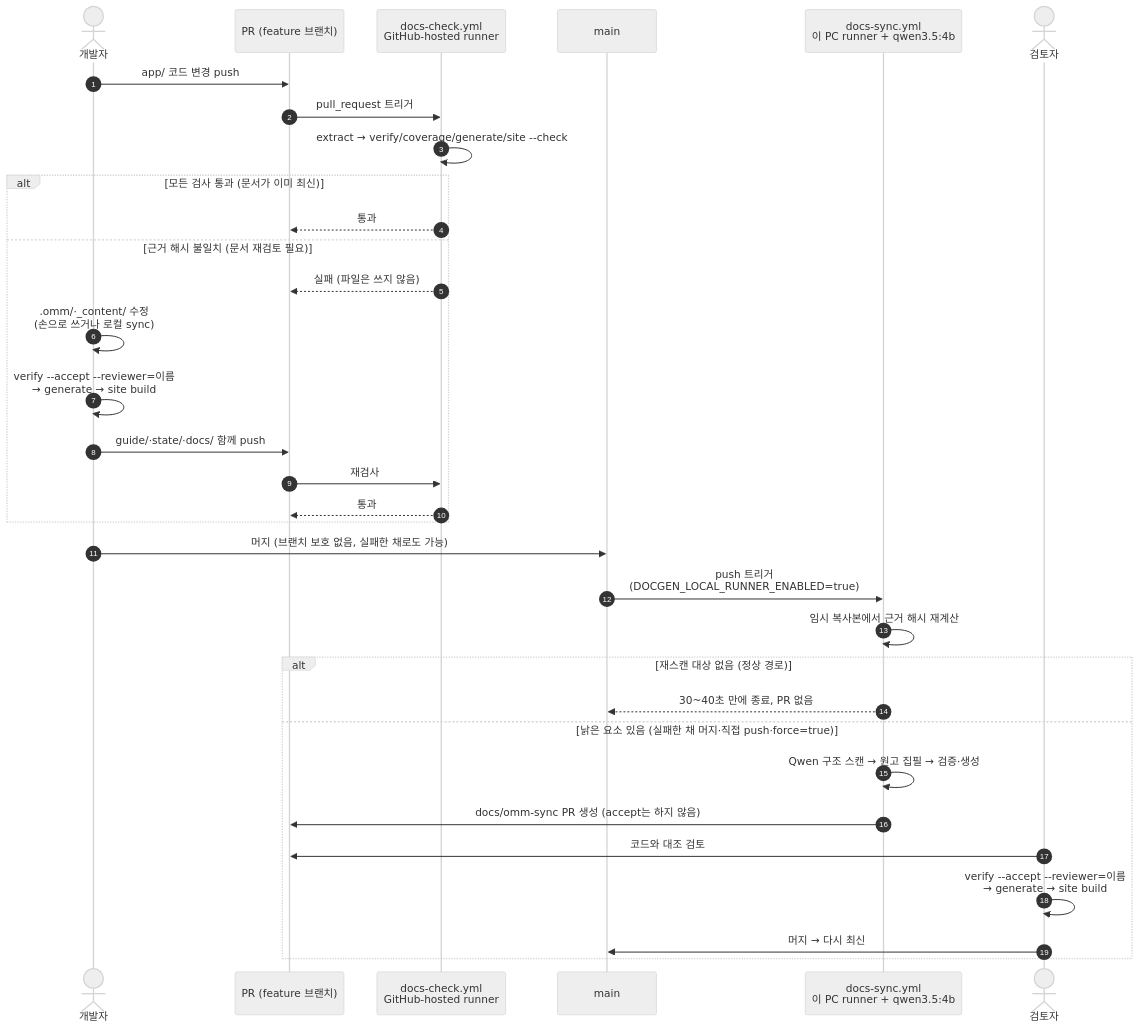
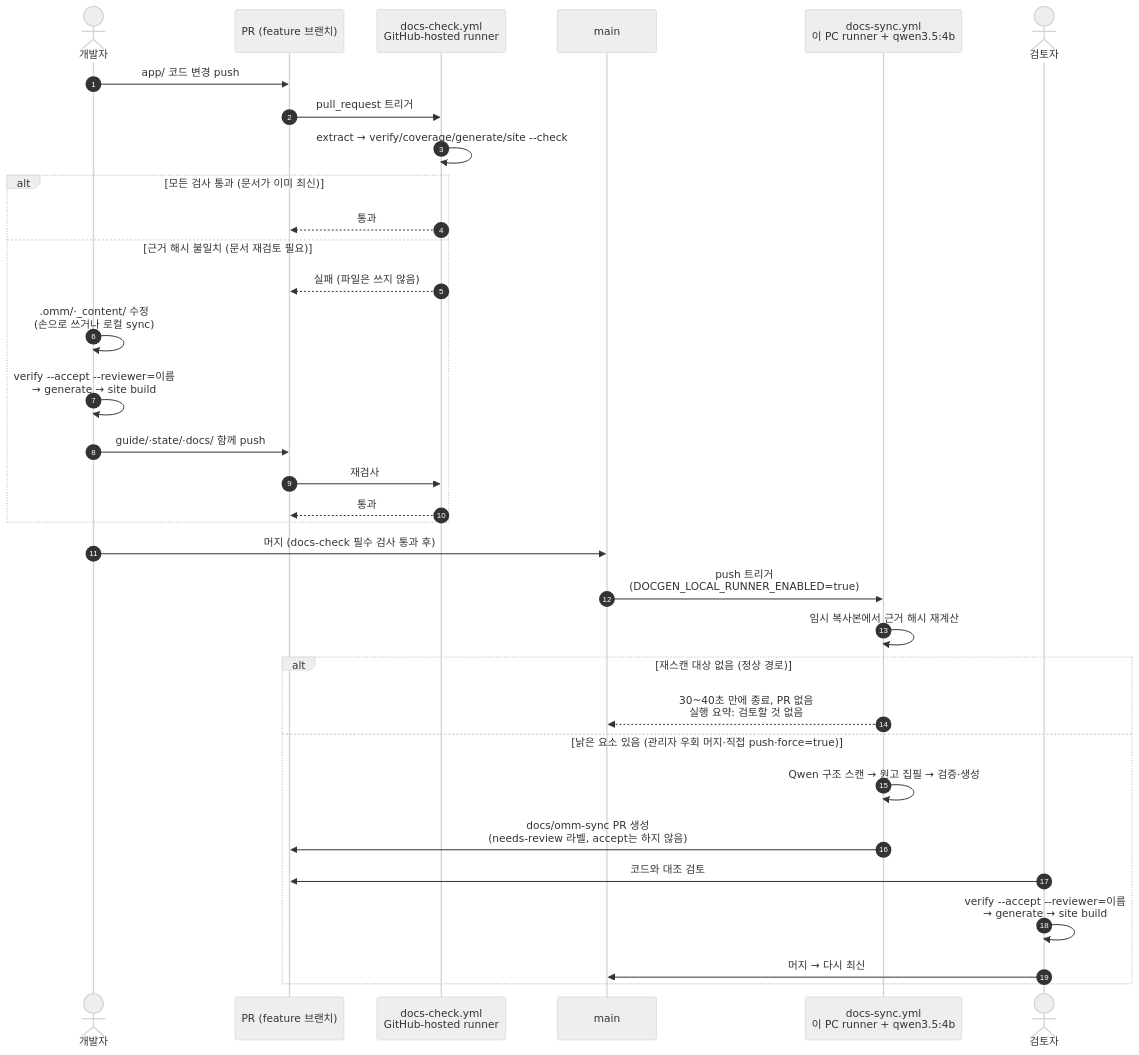
One commit to TTolsun/hal-camera changed the diagram in tools/docgen/README.md. Above: the diagram before and after it, drawn with Mermaid (neutral theme). The commit also changed other lines of this file and 3 other files, not shown here.

First line of the commit message:
docs-sync 실행마다 검토할 것이 있는지 표시하고 docs-check를 필수 검사로 만들기 (#185)

````diff
--- a/tools/docgen/README.md
+++ b/tools/docgen/README.md
@@ -192,39 +199,39 @@
 ```mermaid
 sequenceDiagram
     autonumber
     actor Dev as 개발자
     participant PR as PR (feature 브랜치)
     participant Check as docs-check.yml<br/>GitHub-hosted runner
     participant Main as main
     participant Sync as docs-sync.yml<br/>이 PC runner + qwen3.5:4b
     actor Rev as 검토자
 
     Dev->>PR: app/ 코드 변경 push
     PR->>Check: pull_request 트리거
     Check->>Check: extract → verify/coverage/generate/site --check
 
     alt 모든 검사 통과 (문서가 이미 최신)
         Check-->>PR: 통과
     else 근거 해시 불일치 (문서 재검토 필요)
         Check-->>PR: 실패 (파일은 쓰지 않음)
         Dev->>Dev: .omm/·_content/ 수정<br/>(손으로 쓰거나 로컬 sync)
         Dev->>Dev: verify --accept --reviewer=이름<br/>→ generate → site build
         Dev->>PR: guide/·state/·docs/ 함께 push
         PR->>Check: 재검사
         Check-->>PR: 통과
     end
 
-    Dev->>Main: 머지 (브랜치 보호 없음, 실패한 채로도 가능)
+    Dev->>Main: 머지 (docs-check 필수 검사 통과 후)
     Main->>Sync: push 트리거<br/>(DOCGEN_LOCAL_RUNNER_ENABLED=true)
     Sync->>Sync: 임시 복사본에서 근거 해시 재계산
 
     alt 재스캔 대상 없음 (정상 경로)
-        Sync-->>Main: 30~40초 만에 종료, PR 없음
-    else 낡은 요소 있음 (실패한 채 머지·직접 push·force=true)
+        Sync-->>Main: 30~40초 만에 종료, PR 없음<br/>실행 요약: 검토할 것 없음
+    else 낡은 요소 있음 (관리자 우회 머지·직접 push·force=true)
         Sync->>Sync: Qwen 구조 스캔 → 원고 집필 → 검증·생성
-        Sync->>PR: docs/omm-sync PR 생성 (accept는 하지 않음)
+        Sync->>PR: docs/omm-sync PR 생성<br/>(needs-review 라벨, accept는 하지 않음)
         Rev->>PR: 코드와 대조 검토
         Rev->>Rev: verify --accept --reviewer=이름<br/>→ generate → site build
         Rev->>Main: 머지 → 다시 최신
     end
 ```
````
